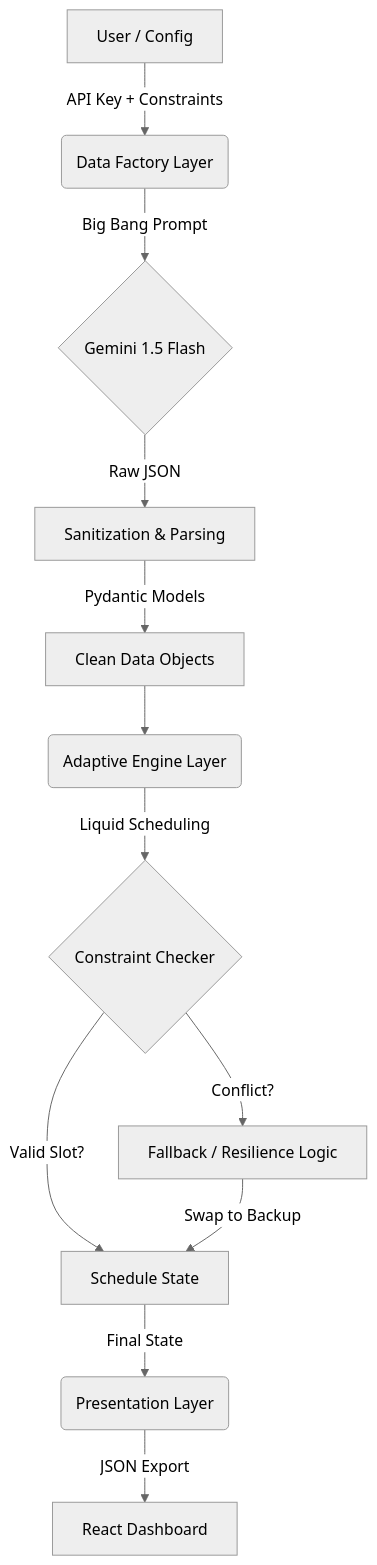
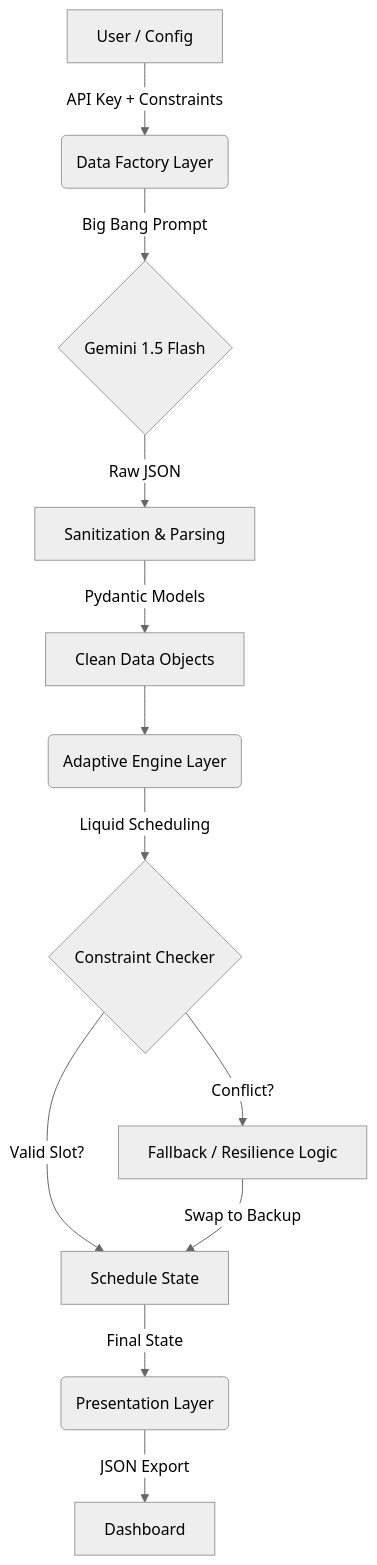
Before and after one commit to hercules2004/elyx_assignment: the first of 5 diagrams in docs/architecture.md, drawn with Mermaid (neutral theme). The commit also changed other lines of this file, not shown here.

Commit message:
Revise architecture and state management documentation

````diff
--- a/docs/architecture.md
+++ b/docs/architecture.md
@@ -9,17 +9,17 @@
 ```mermaid
 graph TD
     A[User / Config] -->|API Key + Constraints| B(Data Factory Layer)
     B -->|Big Bang Prompt| C{Gemini 1.5 Flash}
     C -->|Raw JSON| D[Sanitization & Parsing]
     D -->|Pydantic Models| E[Clean Data Objects]
     
     E --> F(Adaptive Engine Layer)
     F -->|Liquid Scheduling| G{Constraint Checker}
     G -->|Valid Slot?| H[Schedule State]
     G -->|Conflict?| I[Fallback / Resilience Logic]
     I -->|Swap to Backup| H
     
     H -->|Final State| J(Presentation Layer)
-    J -->|JSON Export| K[React Dashboard]
+    J -->|JSON Export| K[Dashboard]
 
 ```
````
